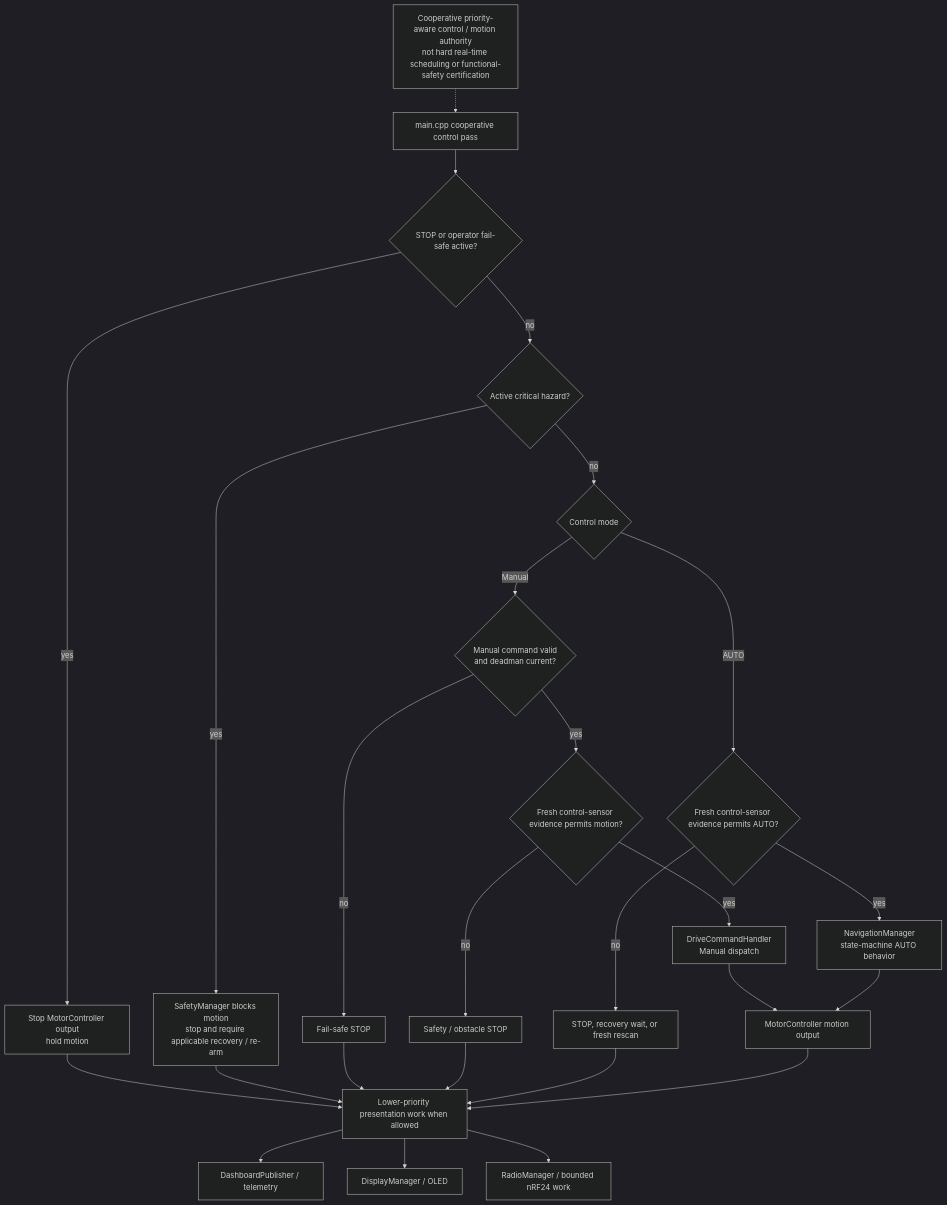
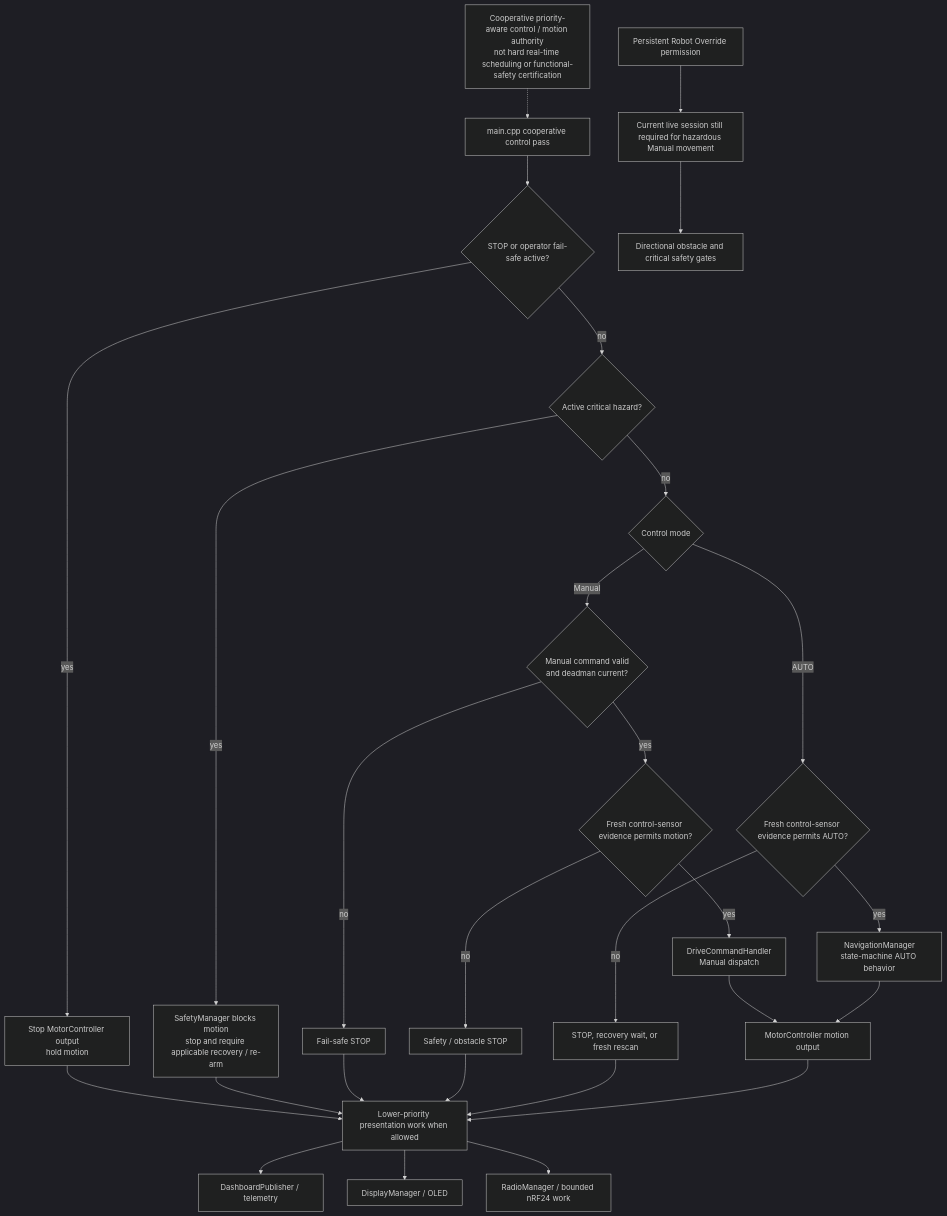
The diagram in architecture_source/priority_and_safety_flow.mmd (hhh-habib/PIKU-2.1-Rev-A-Advanced-Firmware), drawn with Mermaid (dark theme) before and after one commit. The commit also changed 34 other files, not shown here.

```diff
--- a/architecture_source/priority_and_safety_flow.mmd
+++ b/architecture_source/priority_and_safety_flow.mmd
@@ -1,30 +1,33 @@
 flowchart TD
     cycle["main.cpp cooperative control pass"] --> stopCheck{"STOP or operator fail-safe active?"}
     stopCheck -->|"yes"| stopped["Stop MotorController output<br/>hold motion"]
     stopCheck -->|"no"| criticalCheck{"Active critical hazard?"}
     criticalCheck -->|"yes"| safetyStop["SafetyManager blocks motion<br/>stop and require applicable recovery / re-arm"]
     criticalCheck -->|"no"| modeCheck{"Control mode"}
 
     modeCheck -->|"Manual"| validity{"Manual command valid<br/>and deadman current?"}
     validity -->|"no"| deadmanStop["Fail-safe STOP"]
     validity -->|"yes"| evidence{"Fresh control-sensor evidence permits motion?"}
     evidence -->|"no"| evidenceStop["Safety / obstacle STOP"]
     evidence -->|"yes"| manual["DriveCommandHandler<br/>Manual dispatch"]
 
     modeCheck -->|"AUTO"| autoEvidence{"Fresh control-sensor evidence permits AUTO?"}
     autoEvidence -->|"no"| autoStop["STOP, recovery wait, or fresh rescan"]
     autoEvidence -->|"yes"| auto["NavigationManager<br/>state-machine AUTO behavior"]
 
     manual --> motor["MotorController motion output"]
     auto --> motor
     stopped --> lower["Lower-priority presentation work when allowed"]
     safetyStop --> lower
     deadmanStop --> lower
     evidenceStop --> lower
     autoStop --> lower
     motor --> lower
     lower --> telemetry["DashboardPublisher / telemetry"]
     lower --> display["DisplayManager / OLED"]
     lower --> radio["RadioManager / bounded nRF24 work"]
 
     authority["Cooperative priority-aware control / motion authority<br/>not hard real-time scheduling or functional-safety certification"] -.-> cycle
+
+    permission["Persistent Robot Override permission"] --> live["Current live session still required for hazardous Manual movement"]
+    live --> motion["Directional obstacle and critical safety gates"]
```
